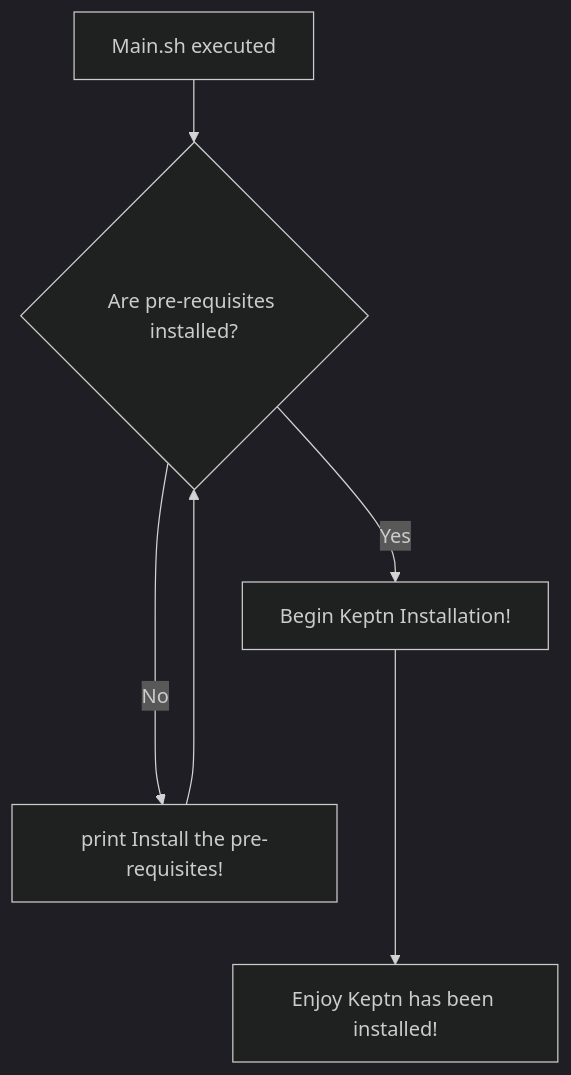
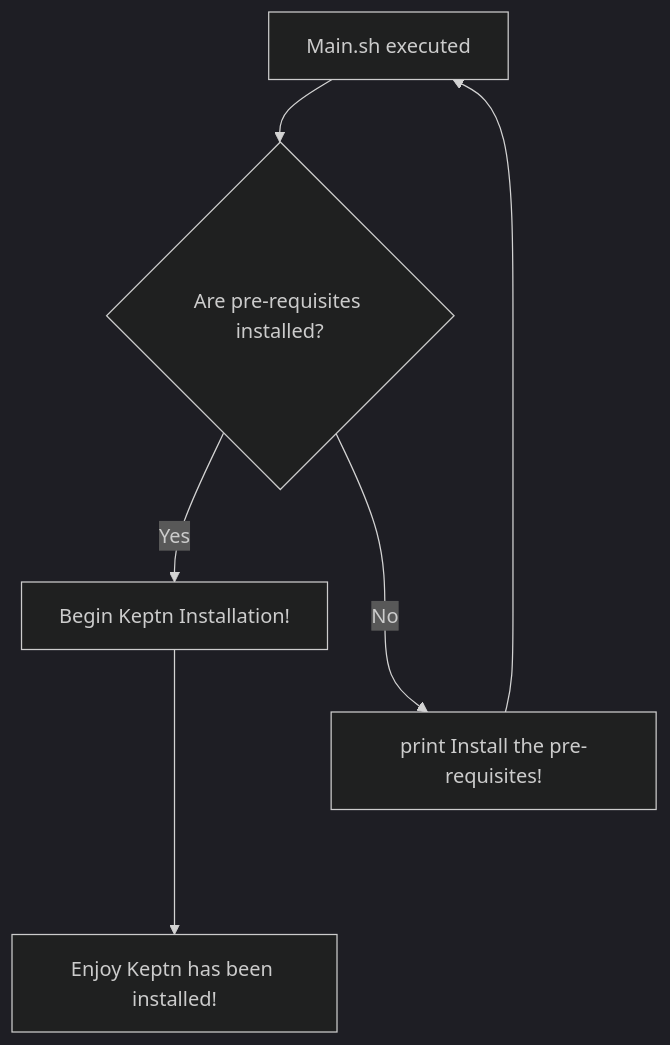
Before and after one commit to NashTech-Labs/Setup-Keptn-Using-Jenkins: the diagram in README.md, drawn with Mermaid (dark theme).

Commit message:
Updated Tech Hub with scripts and readme

````diff
--- a/README.md
+++ b/README.md
@@ -11,8 +11,8 @@
 ```mermaid
 flowchart TD
     A[Main.sh executed] --> B{Are pre-requisites installed?};
     B -- Yes --> C[Begin Keptn Installation!];
     B -- No --> D[print Install the pre-requisites!];
     C ----> E[Enjoy Keptn has been installed!];
-    D ----> B{Are pre-requisites installed?};
+    D ----> A[Main.sh executed];
 ```
````
